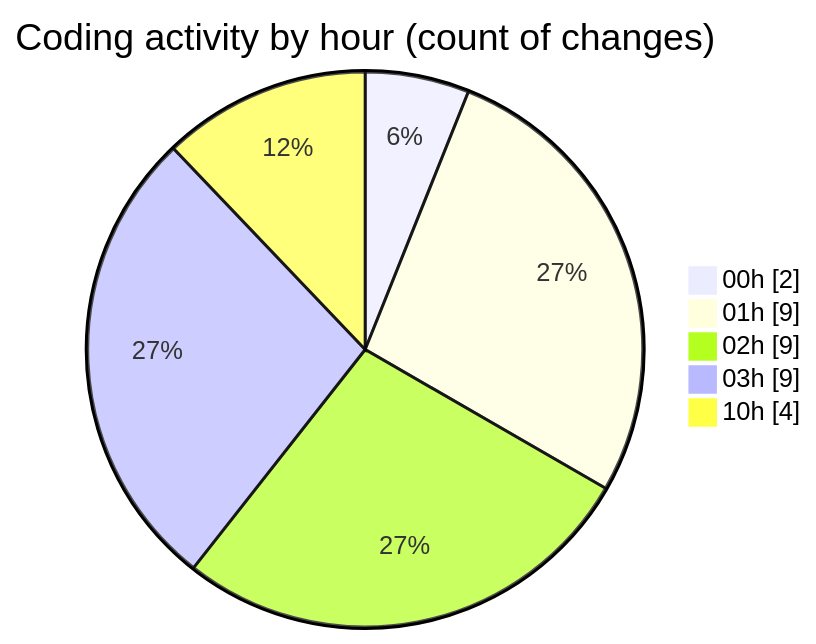
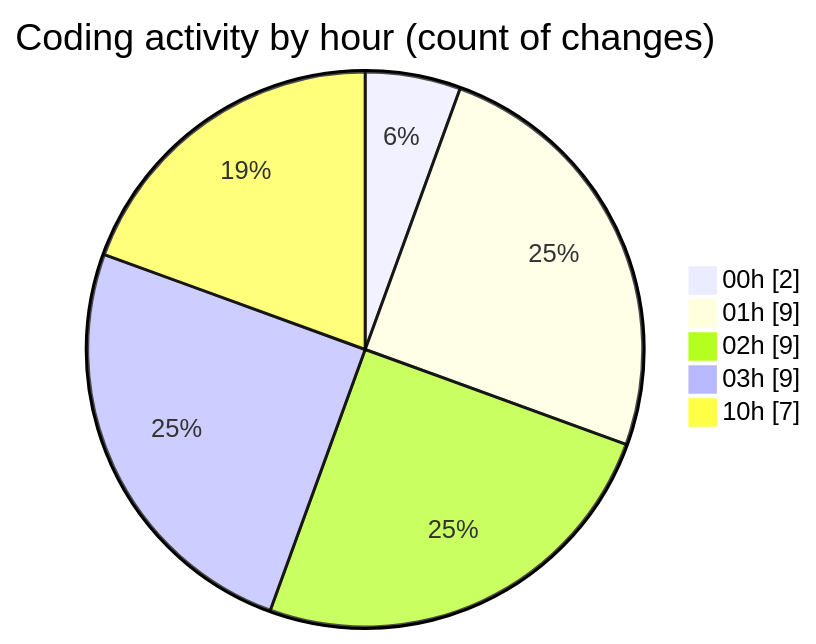
One commit to julien-gomy/code-tracking changed the second of 2 diagrams in 2025-10-17/cdp_aleoudev_fr__workspace_/README.md. Above: the diagram before and after it, drawn with Mermaid. The commit also changed other lines of this file and 1 other file, not shown here.

````diff
--- a/2025-10-17/cdp_aleoudev_fr__workspace_/README.md
+++ b/2025-10-17/cdp_aleoudev_fr__workspace_/README.md
@@ -34,9 +35,9 @@
 ```mermaid
 pie showData
 title Coding activity by hour (count of changes)
 "00h" : 2
 "01h" : 9
 "02h" : 9
 "03h" : 9
-"10h" : 4
+"10h" : 7
 ```
````
